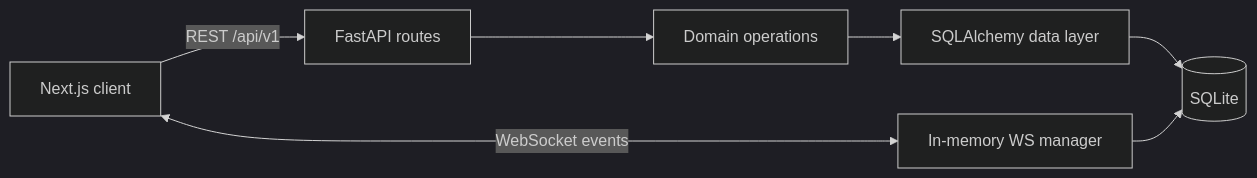
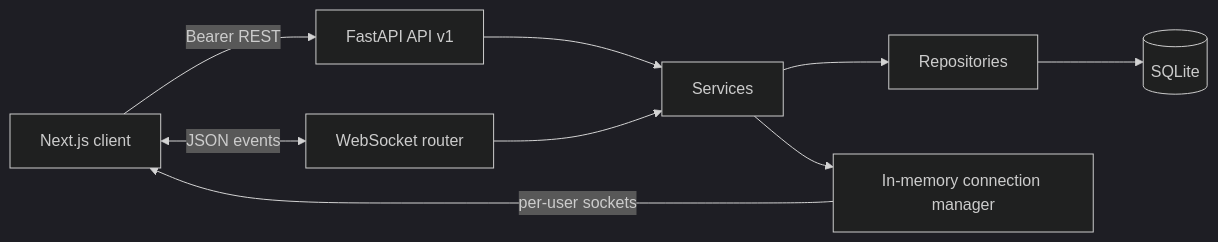
One commit to bhavukm007/Signal-Clone changed the first of 3 diagrams in README.md. Above: the diagram before and after it, drawn with Mermaid (dark theme). The commit also changed other lines of this file, not shown here.

````diff
--- a/README.md
+++ b/README.md
@@ -15,9 +64,16 @@
 ```mermaid
 flowchart LR
-  Browser[Next.js client] -->|REST /api/v1| API[FastAPI routes]
-  API --> Services[Domain operations]
-  Services --> Repos[SQLAlchemy data layer]
-  Repos --> DB[(SQLite)]
-  Browser <-->|WebSocket events| Hub[In-memory WS manager]
-  Hub --> DB
+  Client[Next.js client]
+  API[FastAPI API v1]
+  Services[Services]
+  Repos[Repositories]
+  DB[(SQLite)]
+  WS[WebSocket router]
+  Hub[In-memory connection manager]
+  Client -->|Bearer REST| API
+  API --> Services --> Repos --> DB
+  Client <-->|JSON events| WS
+  WS --> Services
+  Services --> Hub
+  Hub -->|per-user sockets| Client
 ```
````
